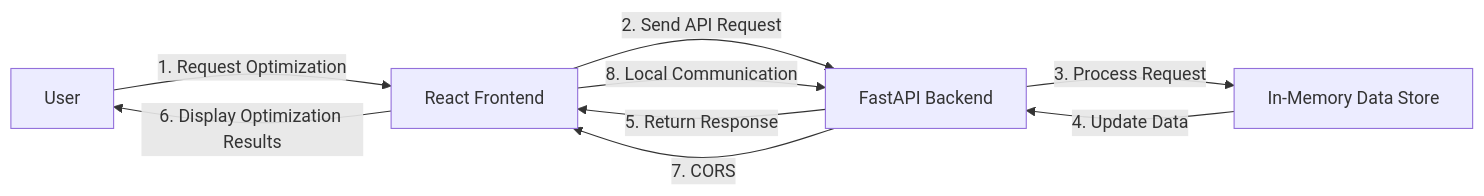
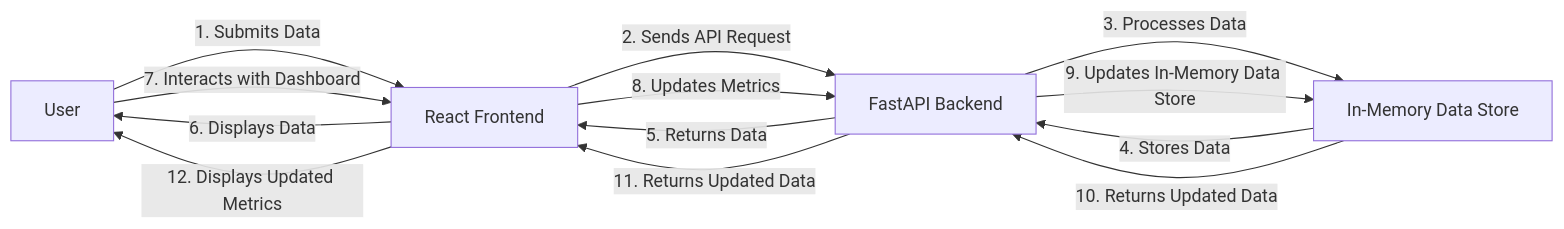
The diagram in PROJECT_DOC.md (coddyieee-sketch/ram-weather-optimizer-tool), drawn with Mermaid before and after one commit. The commit also changed other lines of this file and 5 other files, not shown here.

````diff
--- a/PROJECT_DOC.md
+++ b/PROJECT_DOC.md
@@ -11,11 +20,15 @@
 ```mermaid
 graph LR
-    A[User] -->|1. Request Optimization| B[React Frontend]
-    B -->|2. Send API Request| C[FastAPI Backend]
-    C -->|3. Process Request| D[In-Memory Data Store]
-    D -->|4. Update Data| C
-    C -->|5. Return Response| B
-    B -->|6. Display Optimization Results| A
-    C -->|7. CORS| B
-    B -->|8. Local Communication| C
+    A[User] -->|1. Submits Data| B[React Frontend]
+    B -->|2. Sends API Request| C[FastAPI Backend]
+    C -->|3. Processes Data| D[In-Memory Data Store]
+    D -->|4. Stores Data| C
+    C -->|5. Returns Data| B
+    B -->|6. Displays Data| A
+    A -->|7. Interacts with Dashboard| B
+    B -->|8. Updates Metrics| C
+    C -->|9. Updates In-Memory Data Store| D
+    D -->|10. Returns Updated Data| C
+    C -->|11. Returns Updated Data| B
+    B -->|12. Displays Updated Metrics| A
 ```
````
